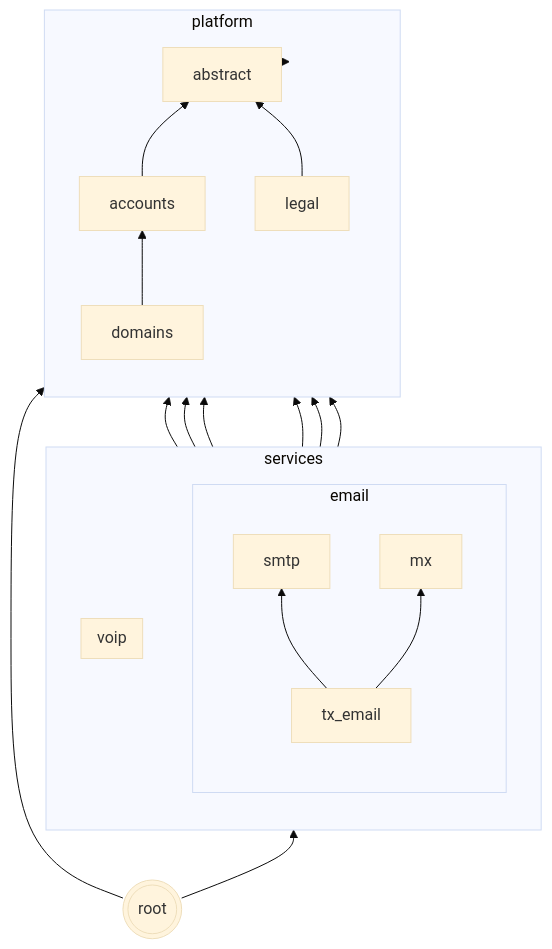
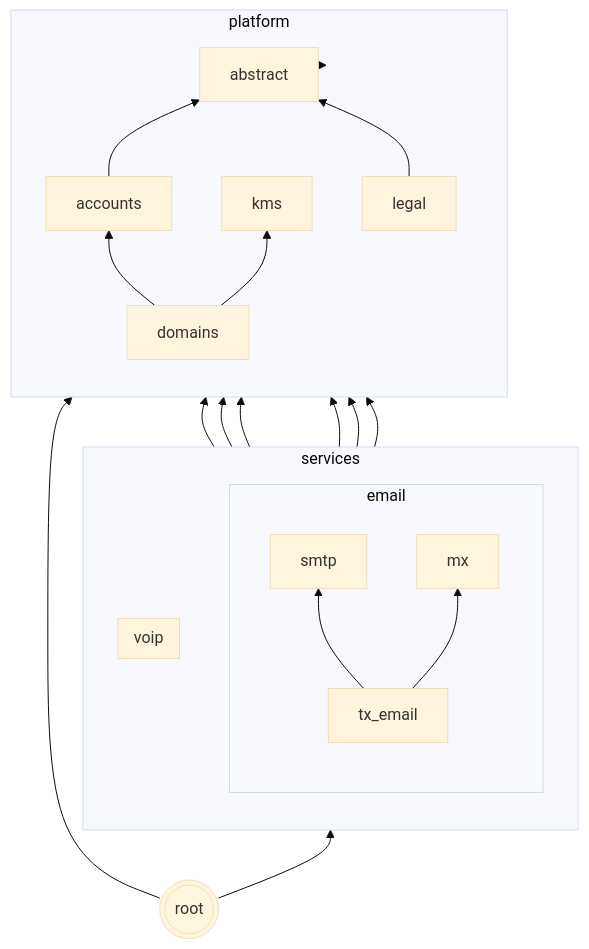
Before and after one commit to codingjoe/relay: the diagram in README.md, drawn with Mermaid (base theme). The commit also changed other lines of this file and 27 other files, not shown here.

````diff
--- a/README.md
+++ b/README.md
@@ -114,37 +119,39 @@
 ```mermaid
 graph BT
  abstract[abstract];
+ kms[kms];
  subgraph platform
  direction BT
  accounts
  domains
  legal
  domains --> accounts
  accounts --> abstract
+ domains --> kms
  legal --> abstract
  end
  subgraph services
  direction BT
  subgraph email
  direction BT
  tx_email[tx_email]
  smtp
  mx
  smtp --> accounts
  smtp --> domains
  mx --> accounts
  mx --> domains
+ mx --> kms
  tx_email --> smtp
  tx_email --> mx
- tx_email --> domains
  end
  subgraph voip
  direction BT
  end
  end
  services --> platform;
  platform --> abstract;
  root --> services;
  root --> platform;
  root(((root)))
 ```
````
